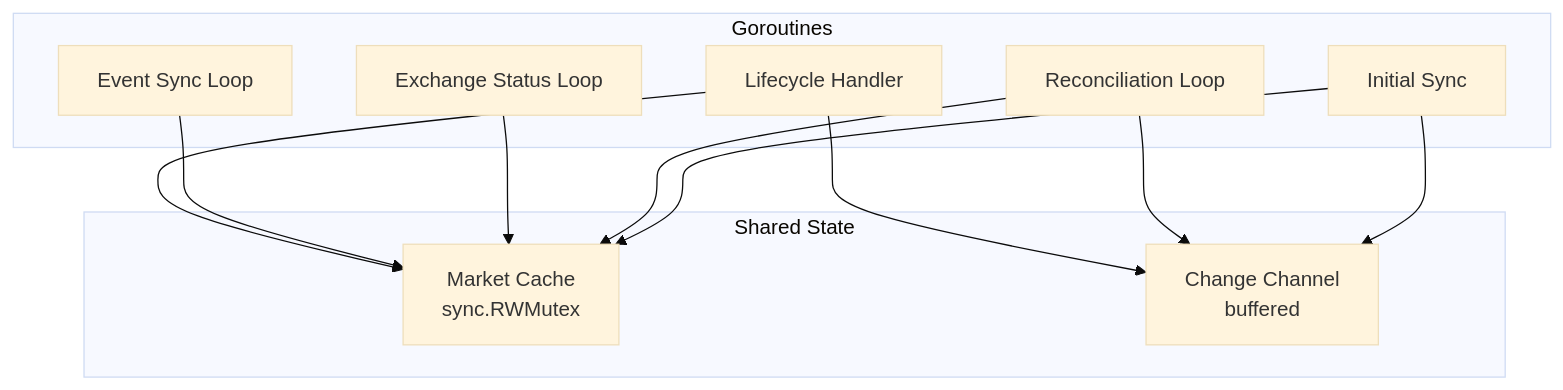
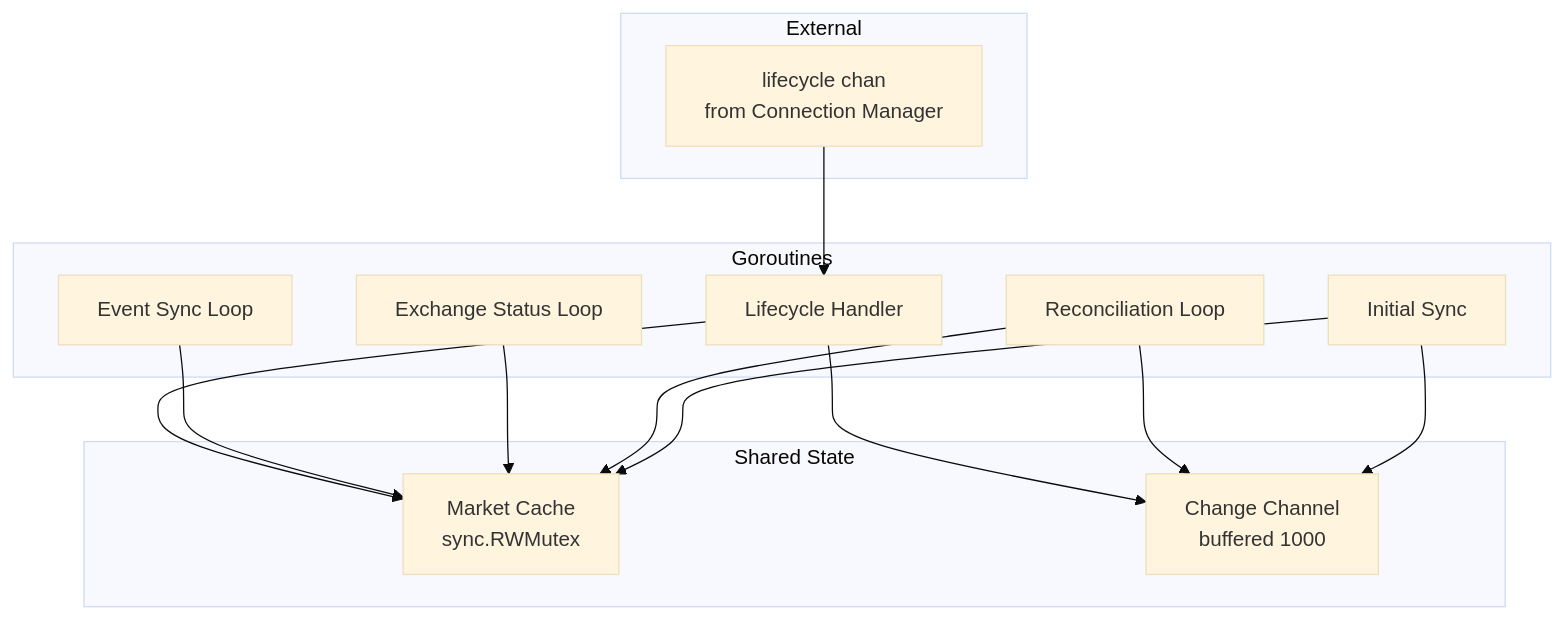
The diagram in docs/kalshi-data/market-registry/interface.md (Projectsrxg/kalshi_v2), drawn with Mermaid (base theme) before and after one commit. The commit also changed other lines of this file and 34 other files, not shown here.

````diff
--- a/docs/kalshi-data/market-registry/interface.md
+++ b/docs/kalshi-data/market-registry/interface.md
@@ -111,24 +129,29 @@
 ```mermaid
 flowchart TD
     subgraph Goroutines
         SYNC[Initial Sync]
         RECON[Reconciliation Loop]
         STATUS[Exchange Status Loop]
         EVENTS[Event Sync Loop]
         HANDLER[Lifecycle Handler]
     end
 
     subgraph Shared State
         CACHE[Market Cache<br/>sync.RWMutex]
-        CHANGECH[Change Channel<br/>buffered]
+        CHANGECH[Change Channel<br/>buffered 1000]
+    end
+
+    subgraph External
+        LIFECYCLE[lifecycle chan<br/>from Connection Manager]
     end
 
     SYNC --> CACHE
     SYNC --> CHANGECH
     RECON --> CACHE
     RECON --> CHANGECH
     STATUS --> CACHE
     EVENTS --> CACHE
+    LIFECYCLE --> HANDLER
     HANDLER --> CACHE
     HANDLER --> CHANGECH
 ```
````
